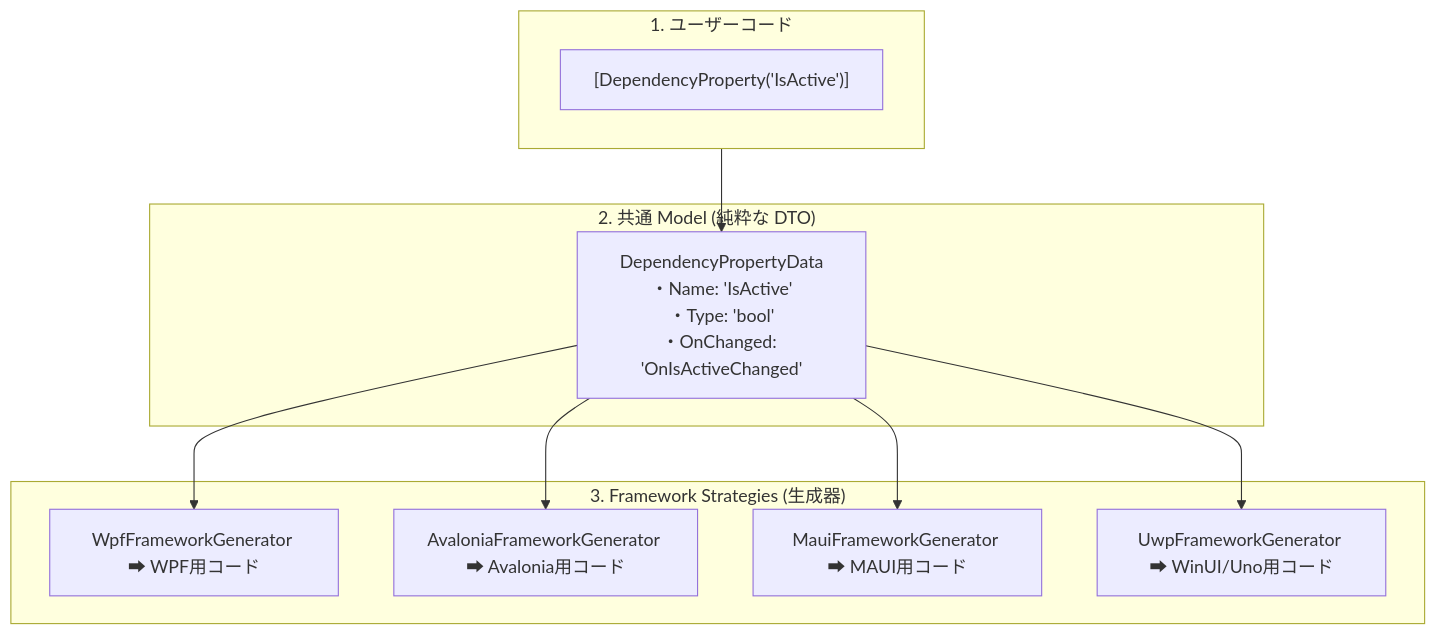
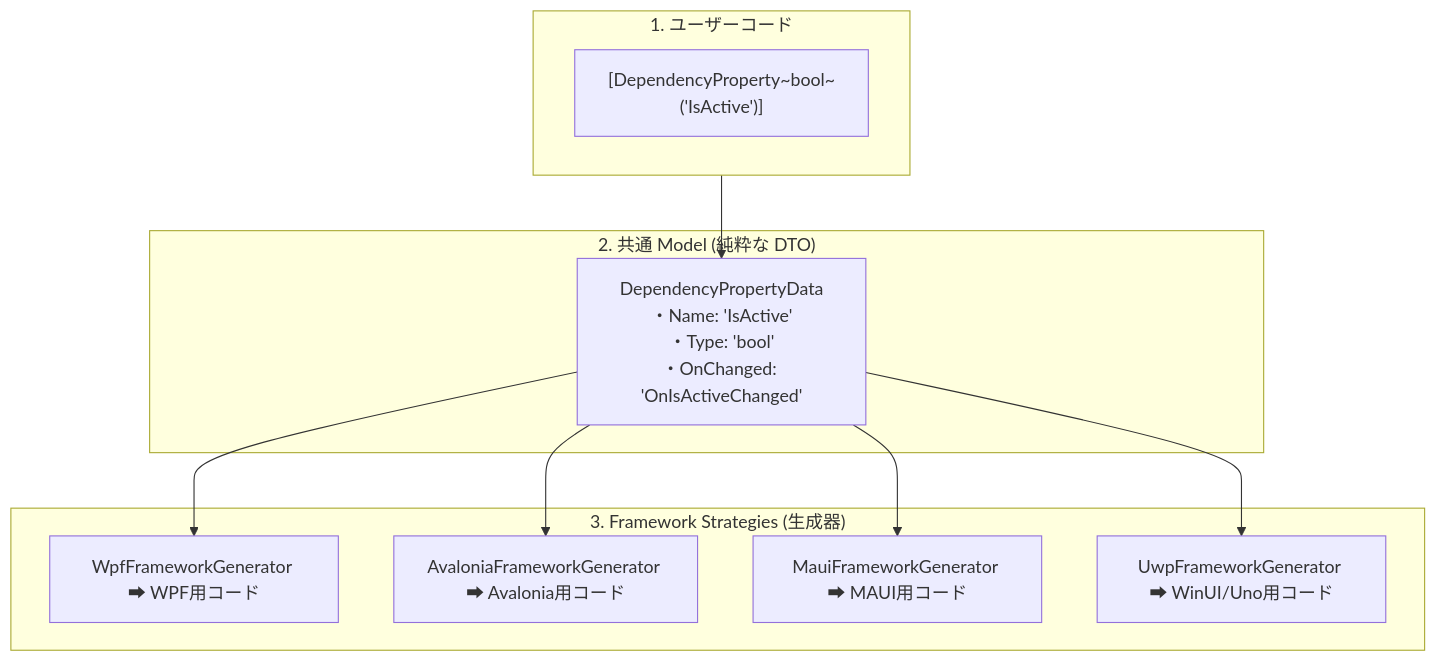
The diagram in spec/ja/04_framework_strategies.md (kassyi/DependencyPropertyGenerator), drawn with Mermaid before and after one commit. The commit also changed 1 other file, not shown here.

Commit message:
docs(spec): use mermaid generic syntax in architecture diagrams
- Details of changes:
  - Replace `<bool>` with Mermaid-safe `~bool~` syntax in flowchart node labels across English and Japanese Chapter 04 specifications.
- Technical background:
  - Mermaid nodes containing HTML line breaks (`<br>`) can misinterpret raw `<bool>` angle brackets as unclosed HTML tags, leading to rendering inconsistencies.

````diff
--- a/spec/ja/04_framework_strategies.md
+++ b/spec/ja/04_framework_strategies.md
@@ -13,23 +13,23 @@
 ```mermaid
 flowchart TD
     subgraph Input ["1. ユーザーコード"]
-        Code["[DependencyProperty<bool>('IsActive')]"]
+        Code["[DependencyProperty~bool~('IsActive')]"]
     end
 
     subgraph Core ["2. 共通 Model (純粋な DTO)"]
         DTO["DependencyPropertyData<br>・Name: 'IsActive'<br>・Type: 'bool'<br>・OnChanged: 'OnIsActiveChanged'"]
     end
 
     subgraph Strategies ["3. Framework Strategies (生成器)"]
         WPF["WpfFrameworkGenerator ➡ WPF用コード"]
         AVA["AvaloniaFrameworkGenerator ➡ Avalonia用コード"]
         MAUI["MauiFrameworkGenerator ➡ MAUI用コード"]
         WINUI["UwpFrameworkGenerator ➡ WinUI/Uno用コード"]
     end
 
     Input --> DTO
     DTO --> WPF
     DTO --> AVA
     DTO --> MAUI
     DTO --> WINUI
 ```
````
